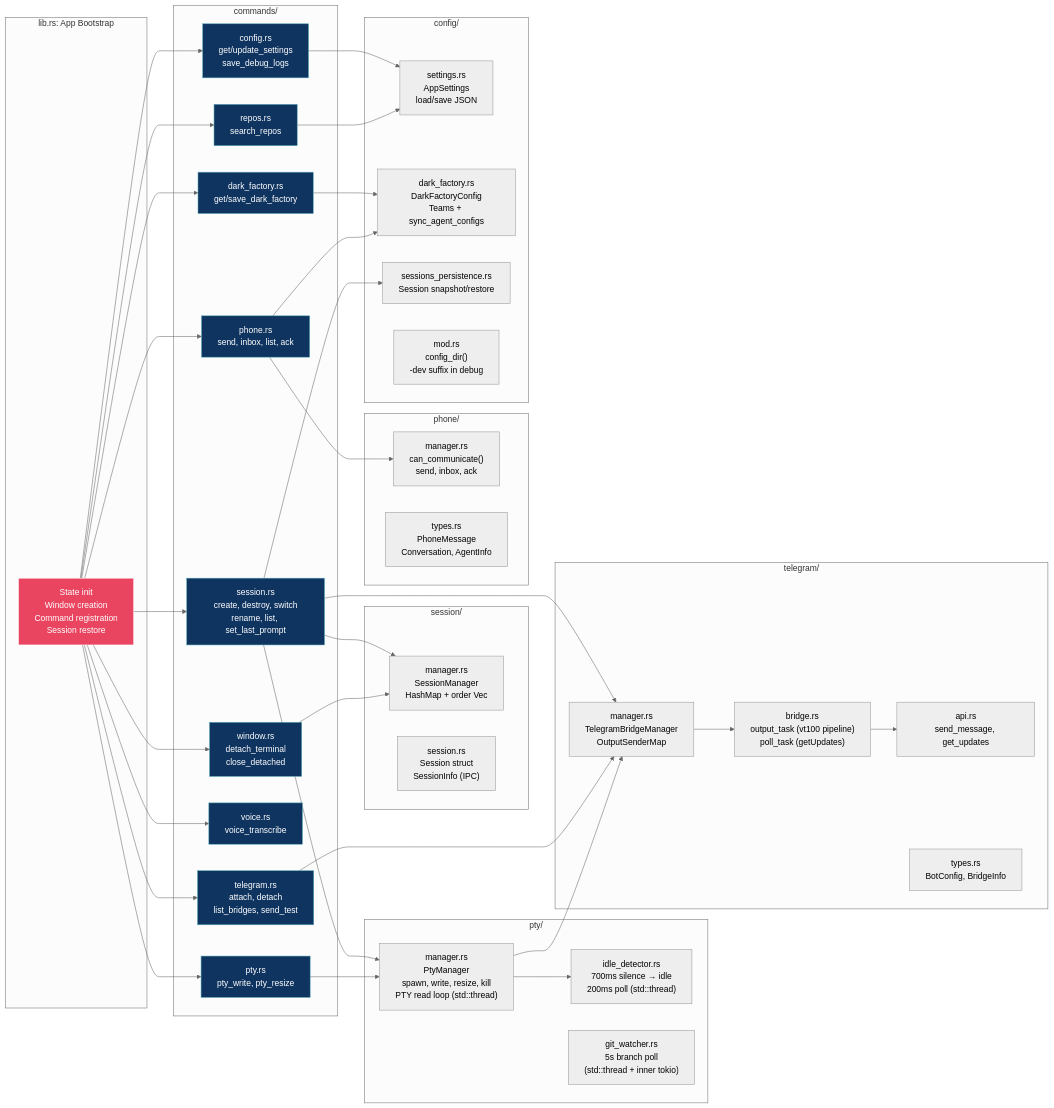
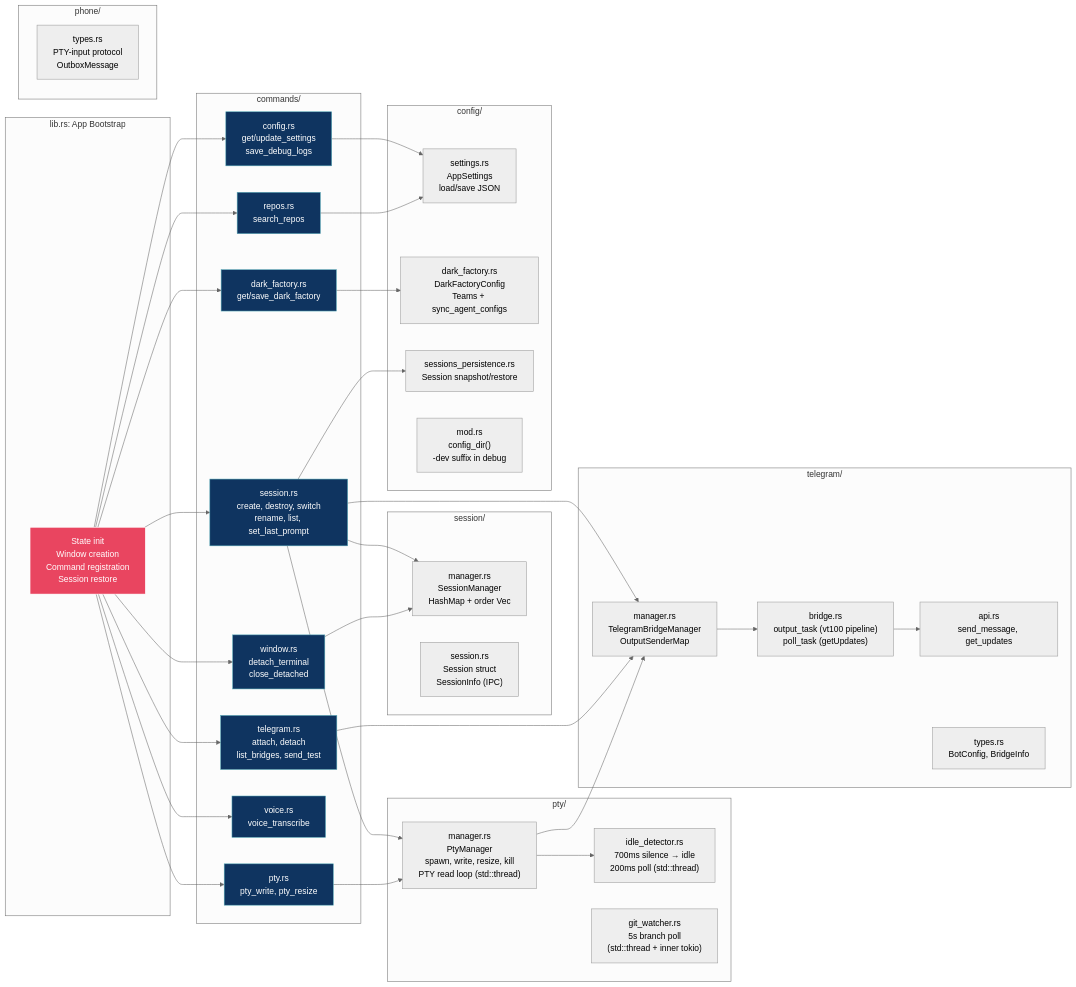
The second of 15 diagrams in docs/reference/architecture.md (mblua/AgentsCommander), drawn with Mermaid (neutral theme) before and after one commit. The commit also changed other lines of this file and 3 other files, not shown here.

````diff
--- a/docs/reference/architecture.md
+++ b/docs/reference/architecture.md
@@ -89,7 +89,6 @@
         C_REPOS["repos.rs<br/>search_repos"]
         C_VOICE["voice.rs<br/>voice_transcribe"]
         C_DF["dark_factory.rs<br/>get/save_dark_factory"]
-        C_PHONE["phone.rs<br/>send, inbox, list, ack"]
     end
 
     subgraph "session/"
@@ -111,8 +110,7 @@
     end
 
     subgraph "phone/"
-        PH_MGR["manager.rs<br/>can_communicate()<br/>send, inbox, ack"]
-        PH_TYPES["types.rs<br/>PhoneMessage<br/>Conversation, AgentInfo"]
+        PH_TYPES["types.rs<br/>PTY-input protocol<br/>OutboxMessage"]
     end
 
     subgraph "config/"
@@ -130,7 +128,6 @@
     BOOTSTRAP --> C_REPOS
     BOOTSTRAP --> C_VOICE
     BOOTSTRAP --> C_DF
-    BOOTSTRAP --> C_PHONE
 
     C_SESSION --> S_MGR
     C_SESSION --> P_MGR
@@ -141,8 +138,6 @@
     C_TELEGRAM --> T_MGR
     C_WINDOW --> S_MGR
     C_DF --> CFG_DF
-    C_PHONE --> PH_MGR
-    C_PHONE --> CFG_DF
     C_REPOS --> CFG_SET
 
     T_MGR --> T_BRIDGE
@@ -159,5 +154,4 @@
     style C_REPOS fill:#0f3460,stroke:#53a8b6,color:#fff
     style C_VOICE fill:#0f3460,stroke:#53a8b6,color:#fff
     style C_DF fill:#0f3460,stroke:#53a8b6,color:#fff
-    style C_PHONE fill:#0f3460,stroke:#53a8b6,color:#fff
 ```
````
